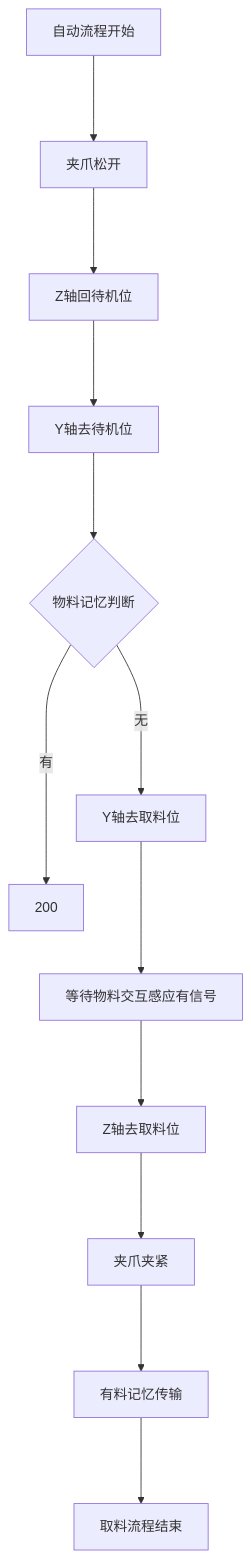
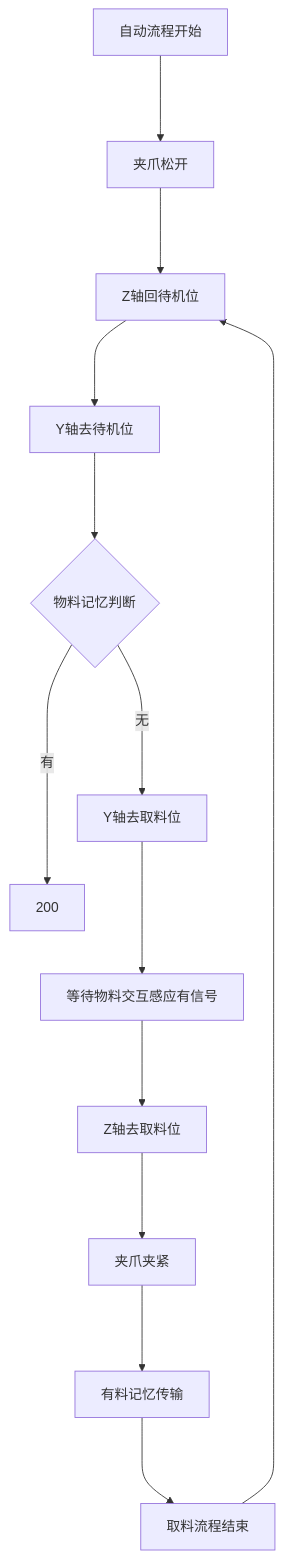
One commit to zmq000/iodraw-files changed the diagram in all/OP80回流.md. Above: the diagram before and after it, drawn with Mermaid.

Commit message:
2026-06-17 19:38:33 update

````diff
--- a/all/OP80回流.md
+++ b/all/OP80回流.md
@@ -1,15 +1,15 @@
 ```mermaid
 graph TD
 自动流程开始--->10
 10[夹爪松开]--->20
 20[Z轴回待机位]--->30
 30[Y轴去待机位]--->40
 40{物料记忆判断}--->|无|100
 40---->|有|200
 100[Y轴去取料位]--->110
 110[等待物料交互感应有信号]--->120
 120[Z轴去取料位]--->130
 130[夹爪夹紧]--->140
 140[有料记忆传输]--->150
-150[取料流程结束]
+150[取料流程结束]--->20
 ```
````
